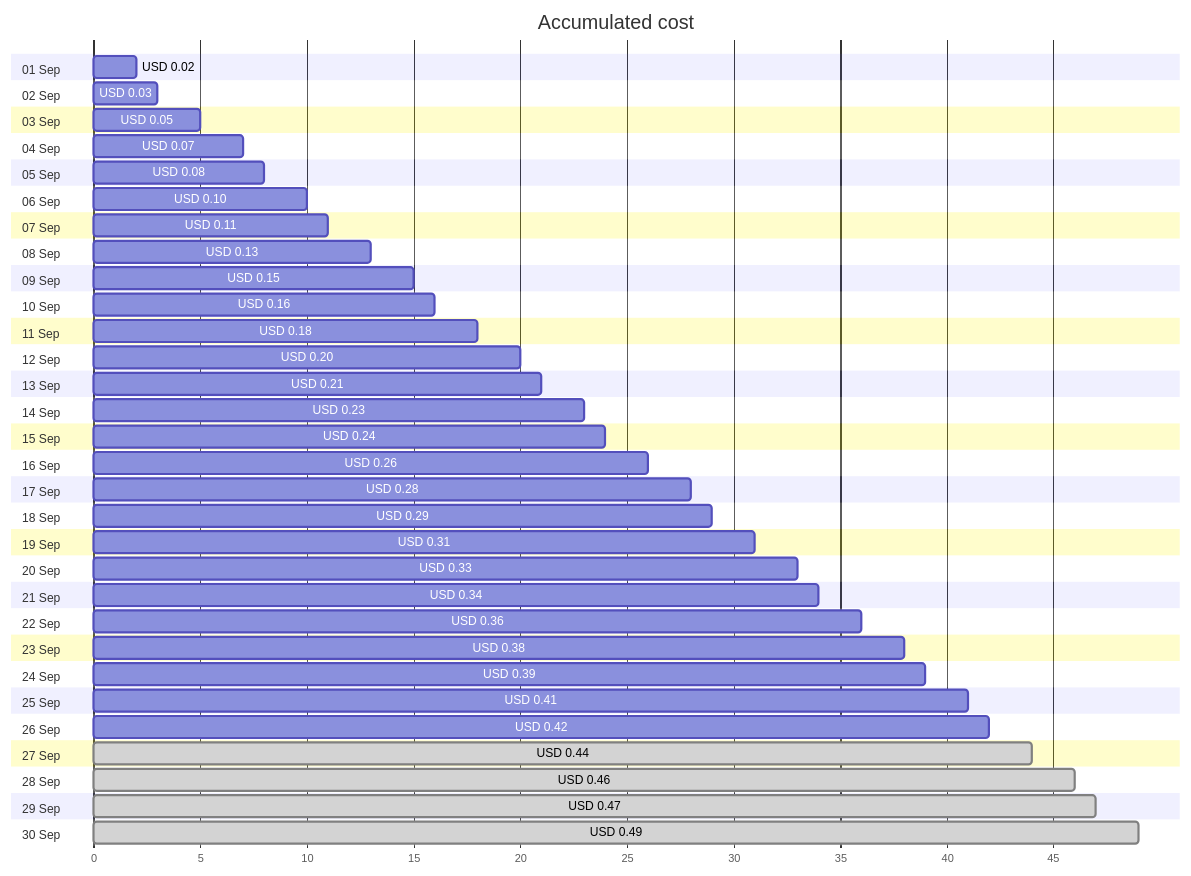
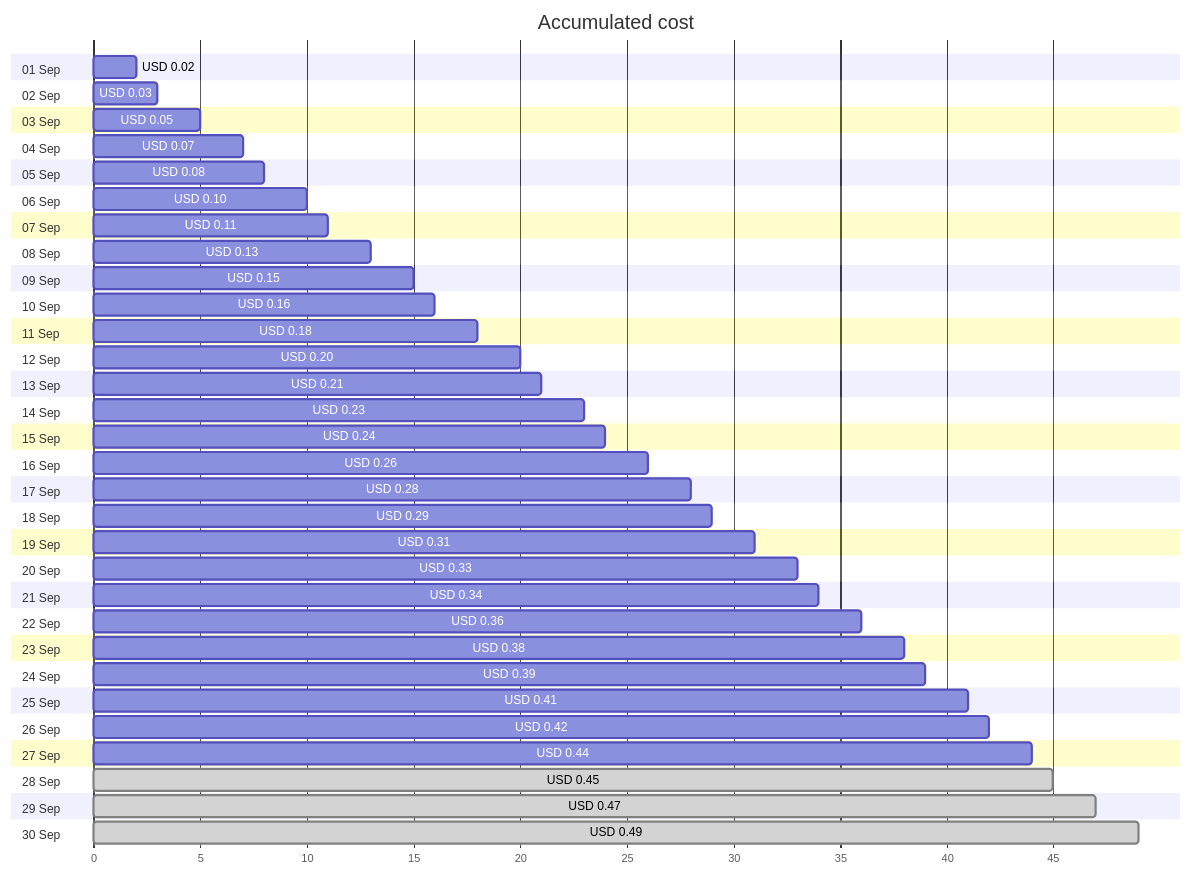
Before and after one commit to jpfulton/azure-personal-reports: the first of 4 diagrams in cost-reports/personal-dns/jpatrickfulton.com.md, drawn with Mermaid. The commit also changed other lines of this file and 2 other files, not shown here.

````diff
--- a/cost-reports/personal-dns/jpatrickfulton.com.md
+++ b/cost-reports/personal-dns/jpatrickfulton.com.md
@@ -20,66 +20,66 @@
 ```mermaid
 gantt
    title Accumulated cost
    dateFormat  X
    axisFormat %s
    section 01 Sep
    USD 0.02 :0, 2
    section 02 Sep
    USD 0.03 :0, 3
    section 03 Sep
    USD 0.05 :0, 5
    section 04 Sep
    USD 0.07 :0, 7
    section 05 Sep
    USD 0.08 :0, 8
    section 06 Sep
    USD 0.10 :0, 10
    section 07 Sep
    USD 0.11 :0, 11
    section 08 Sep
    USD 0.13 :0, 13
    section 09 Sep
    USD 0.15 :0, 15
    section 10 Sep
    USD 0.16 :0, 16
    section 11 Sep
    USD 0.18 :0, 18
    section 12 Sep
    USD 0.20 :0, 20
    section 13 Sep
    USD 0.21 :0, 21
    section 14 Sep
    USD 0.23 :0, 23
    section 15 Sep
    USD 0.24 :0, 24
    section 16 Sep
    USD 0.26 :0, 26
    section 17 Sep
    USD 0.28 :0, 28
    section 18 Sep
    USD 0.29 :0, 29
    section 19 Sep
    USD 0.31 :0, 31
    section 20 Sep
    USD 0.33 :0, 33
    section 21 Sep
    USD 0.34 :0, 34
    section 22 Sep
    USD 0.36 :0, 36
    section 23 Sep
    USD 0.38 :0, 38
    section 24 Sep
    USD 0.39 :0, 39
    section 25 Sep
    USD 0.41 :0, 41
    section 26 Sep
    USD 0.42 :0, 42
    section 27 Sep
-   USD 0.44 : done, 0, 44
+   USD 0.44 :0, 44
    section 28 Sep
-   USD 0.46 : done, 0, 46
+   USD 0.45 : done, 0, 45
    section 29 Sep
    USD 0.47 : done, 0, 47
    section 30 Sep
    USD 0.49 : done, 0, 49
 ```
````
